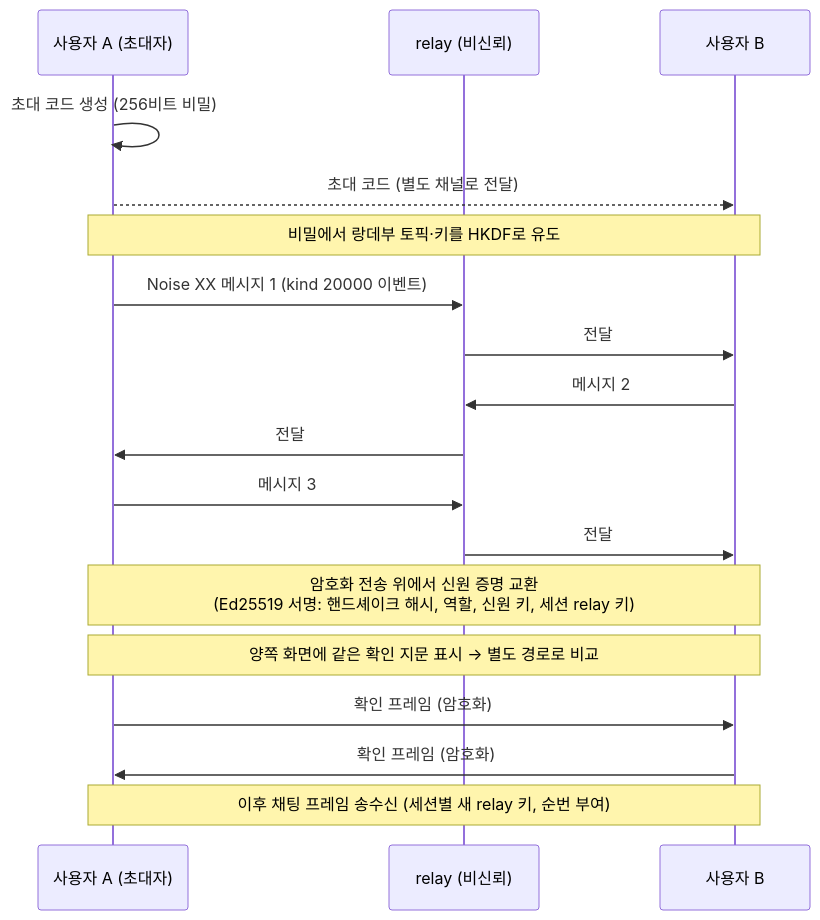
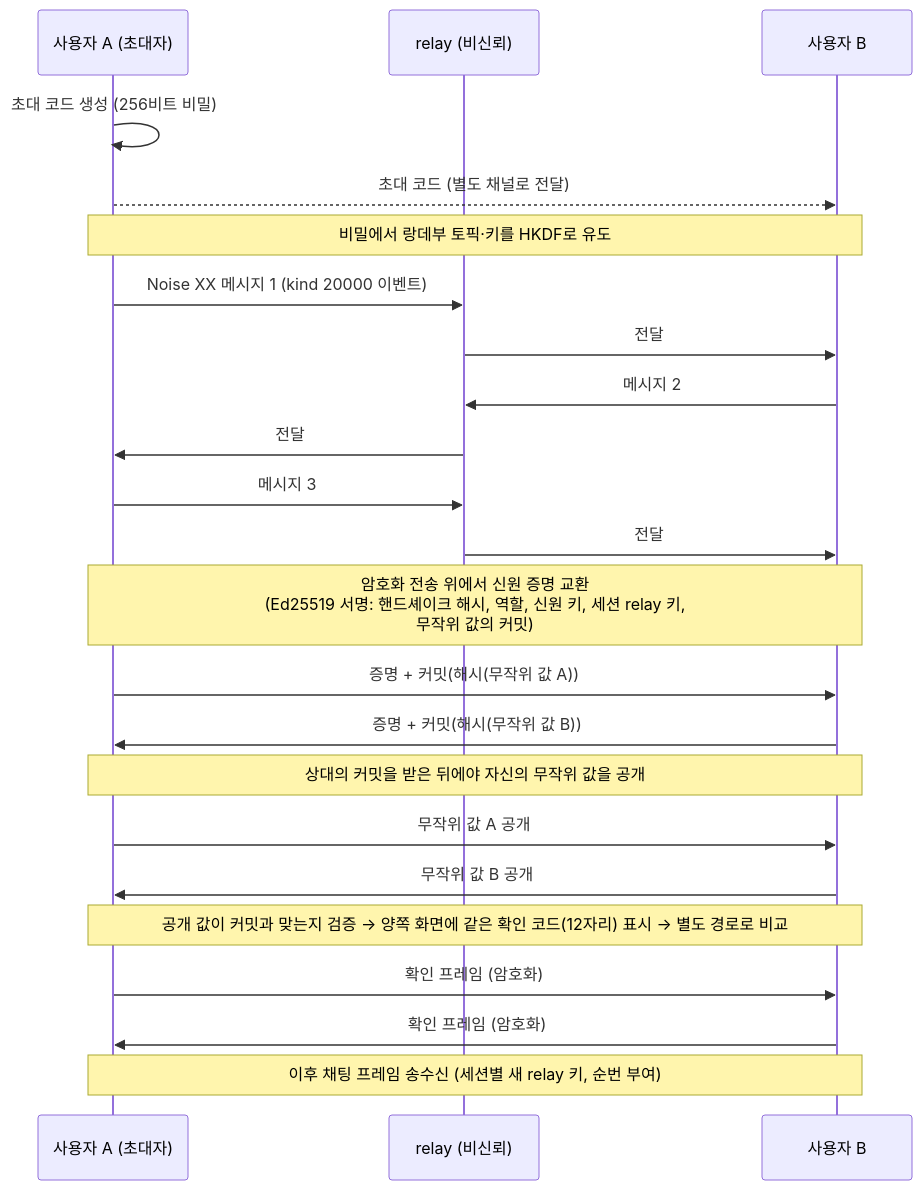
The second of 3 diagrams in docs/architecture.md (answndud/another-dimension-v2), drawn with Mermaid before and after one commit. The commit also changed other lines of this file and 11 other files, not shown here.

````diff
--- a/docs/architecture.md
+++ b/docs/architecture.md
@@ -63,21 +63,26 @@
 ```mermaid
 sequenceDiagram
     participant A as 사용자 A (초대자)
     participant R as relay (비신뢰)
     participant B as 사용자 B
 
     A->>A: 초대 코드 생성 (256비트 비밀)
     A-->>B: 초대 코드 (별도 채널로 전달)
     Note over A,B: 비밀에서 랑데부 토픽·키를 HKDF로 유도
     A->>R: Noise XX 메시지 1 (kind 20000 이벤트)
     R->>B: 전달
     B->>R: 메시지 2
     R->>A: 전달
     A->>R: 메시지 3
     R->>B: 전달
-    Note over A,B: 암호화 전송 위에서 신원 증명 교환<br/>(Ed25519 서명: 핸드셰이크 해시, 역할, 신원 키, 세션 relay 키)
-    Note over A,B: 양쪽 화면에 같은 확인 지문 표시 → 별도 경로로 비교
+    Note over A,B: 암호화 전송 위에서 신원 증명 교환<br/>(Ed25519 서명: 핸드셰이크 해시, 역할, 신원 키, 세션 relay 키,<br/>무작위 값의 커밋)
+    A->>B: 증명 + 커밋(해시(무작위 값 A))
+    B->>A: 증명 + 커밋(해시(무작위 값 B))
+    Note over A,B: 상대의 커밋을 받은 뒤에야 자신의 무작위 값을 공개
+    A->>B: 무작위 값 A 공개
+    B->>A: 무작위 값 B 공개
+    Note over A,B: 공개 값이 커밋과 맞는지 검증 → 양쪽 화면에 같은 확인 코드(12자리) 표시 → 별도 경로로 비교
     A->>B: 확인 프레임 (암호화)
     B->>A: 확인 프레임 (암호화)
     Note over A,B: 이후 채팅 프레임 송수신 (세션별 새 relay 키, 순번 부여)
 ```
````
